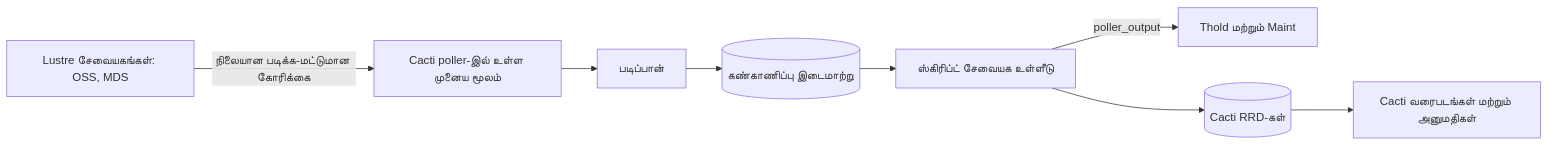
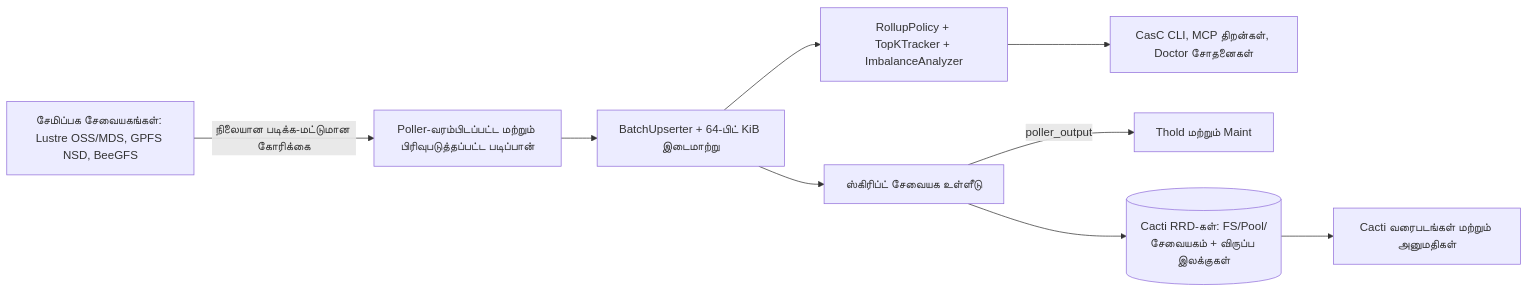
One commit to somethingwithproof/plugin_pfs changed the diagram in docs/i18n/ta-IN/README.md. Above: the diagram before and after it, drawn with Mermaid. The commit also changed other lines of this file and 47 other files, not shown here.

````diff
--- a/docs/i18n/ta-IN/README.md
+++ b/docs/i18n/ta-IN/README.md
@@ -64,10 +72,11 @@
 ```mermaid
 flowchart LR
-    N["Lustre சேவையகங்கள்: OSS, MDS"] -->|நிலையான படிக்க-மட்டுமான கோரிக்கை| S["Cacti poller-இல் உள்ள முனைய மூலம்"]
-    S --> R["படிப்பான்"]
-    R --> C[("கண்காணிப்பு இடைமாற்று")]
-    C --> SS["ஸ்கிரிப்ட் சேவையக உள்ளீடு"]
+    N["சேமிப்பக சேவையகங்கள்: Lustre OSS/MDS, GPFS NSD, BeeGFS"] -->|நிலையான படிக்க-மட்டுமான கோரிக்கை| S["Poller-வரம்பிடப்பட்ட மற்றும் பிரிவுபடுத்தப்பட்ட படிப்பான்"]
+    S --> B["BatchUpserter + 64-பிட் KiB இடைமாற்று"]
+    B --> R["RollupPolicy + TopKTracker + ImbalanceAnalyzer"]
+    B --> SS["ஸ்கிரிப்ட் சேவையக உள்ளீடு"]
+    R --> ECO["CasC CLI, MCP திறன்கள், Doctor சோதனைகள்"]
     SS -->|poller_output| T["Thold மற்றும் Maint"]
-    SS --> RRD[("Cacti RRD-கள்")]
+    SS --> RRD[("Cacti RRD-கள்: FS/Pool/சேவையகம் + விருப்ப இலக்குகள்")]
     RRD --> G["Cacti வரைபடங்கள் மற்றும் அனுமதிகள்"]
 ```
````
